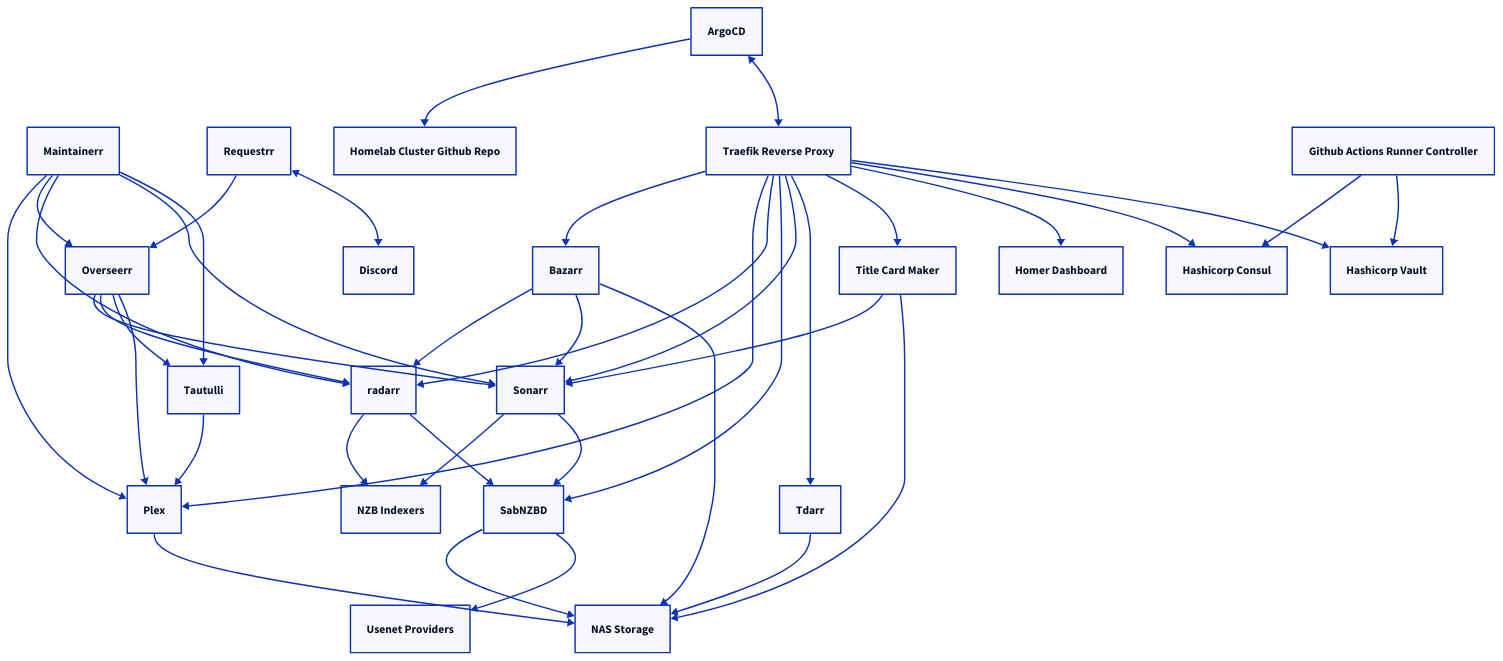
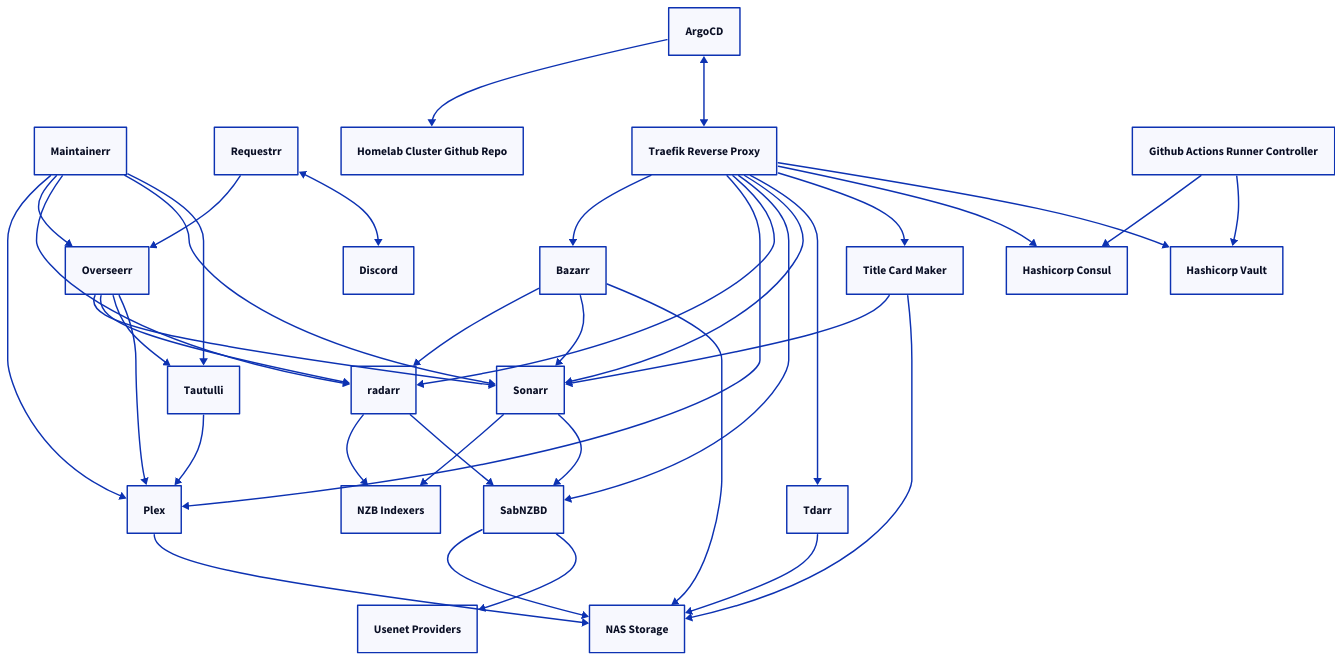
One commit to sam-bowman/homelab-cluster changed the diagram in diagram/applications.d2. Above: the diagram before and after it, drawn with D2. The commit also changed 7 other files, not shown here.

```diff
--- a/diagram/applications.d2
+++ b/diagram/applications.d2
@@ -1,136 +1,130 @@
 tautulli: {
     label: "Tautulli"
 }
 plex: {
     label: "Plex"
 }
 
 tautulli -> plex
 
 nas: {
     label: "NAS Storage"
 }
 
 plex -> nas
 
 sonarr: {
     label: "Sonarr"
 }
 radarr: {
     label: "radarr"
 }
 sabnzbd: {
     label: "SabNZBD"
 }
 usenet_providers: {
     label: "Usenet Providers"
 }
 nzb_indexers: {
     label: "NZB Indexers"
 }
 
 nzb_indexers <- sonarr
 nzb_indexers <- radarr
 
 sonarr -> sabnzbd
 radarr -> sabnzbd
 
 sabnzbd -> nas
 
 usenet_providers <- sabnzbd
 
 overseerr: {
     label: "Overseerr"
 }
 
 overseerr -> sonarr
 overseerr -> radarr
 overseerr -> tautulli
 overseerr -> plex
 
 maintainerr: {
     label: "Maintainerr"
 }
 
 maintainerr -> plex
 maintainerr -> overseerr
 maintainerr -> radarr
 maintainerr -> sonarr
 maintainerr -> tautulli
 
 requestrr: {
     label: "Requestrr"
 }
 discord: {
     label: "Discord"
 }
 
 requestrr -> overseerr
 requestrr <-> discord
 
 bazarr: {
     label: "Bazarr"
 }
 
 bazarr -> radarr
 bazarr -> sonarr
 bazarr -> nas
 
 titlecardmaker: {
     label: "Title Card Maker"
 }
 
 titlecardmaker -> sonarr
 titlecardmaker -> nas
 
 tdarr: {
     label: "Tdarr"
 }
 
 tdarr -> nas
 
 homelab_cluster_github: {
     label: "Homelab Cluster Github Repo"
 }
 argocd: {
     label: "ArgoCD"
 }
 
 homelab_cluster_github <- argocd
 
 traefik: {
     label: "Traefik Reverse Proxy"
 }
 
 argocd <-> traefik
 
 traefik -> bazarr
 traefik -> plex
 traefik -> radarr
 traefik -> sabnzbd
 traefik -> sonarr
 traefik -> tdarr
 traefik -> titlecardmaker
 
-homer: {
-    label: "Homer Dashboard"
-}
-
-traefik -> homer
-
 consul: {
     label: "Hashicorp Consul"
 }
 vault: {
     label: "Hashicorp Vault"
 }
 
 traefik -> consul
 traefik -> vault
 
 github_arc: {
     label: "Github Actions Runner Controller"
 }
 
 github_arc -> consul
 github_arc -> vault
```
